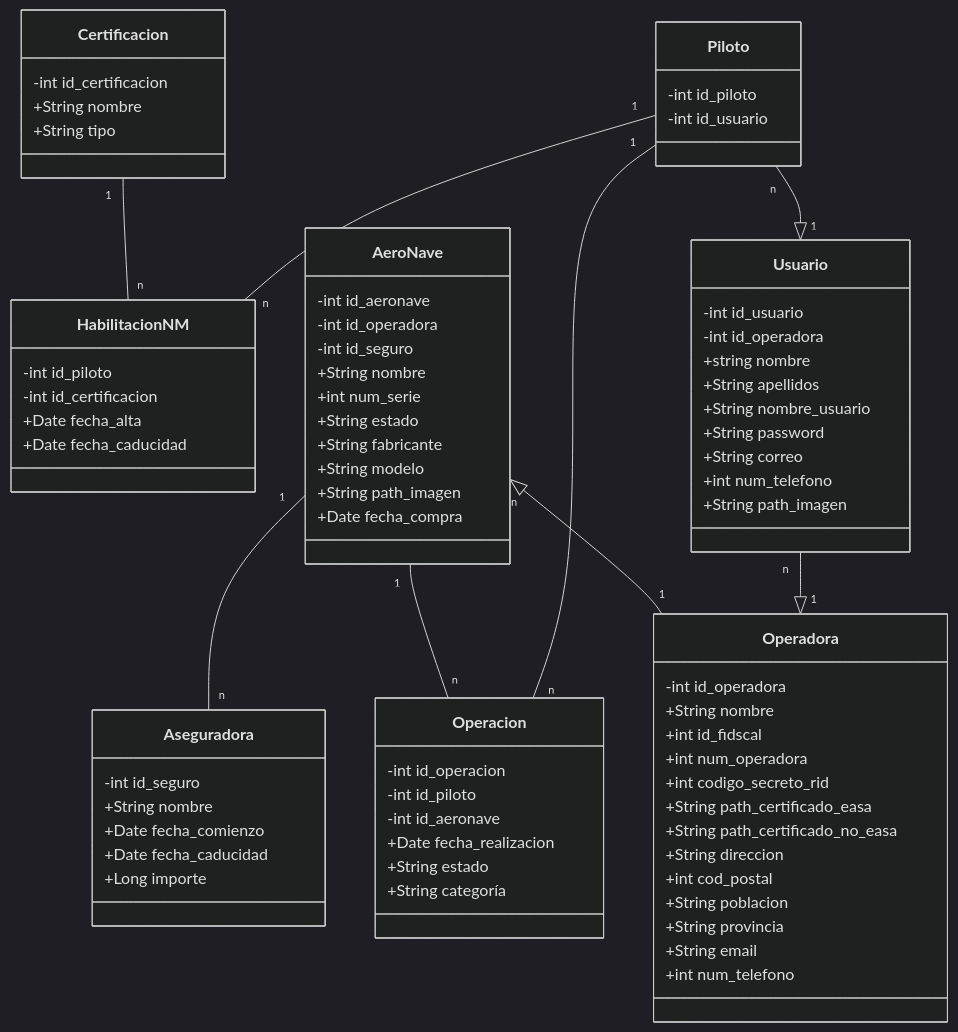
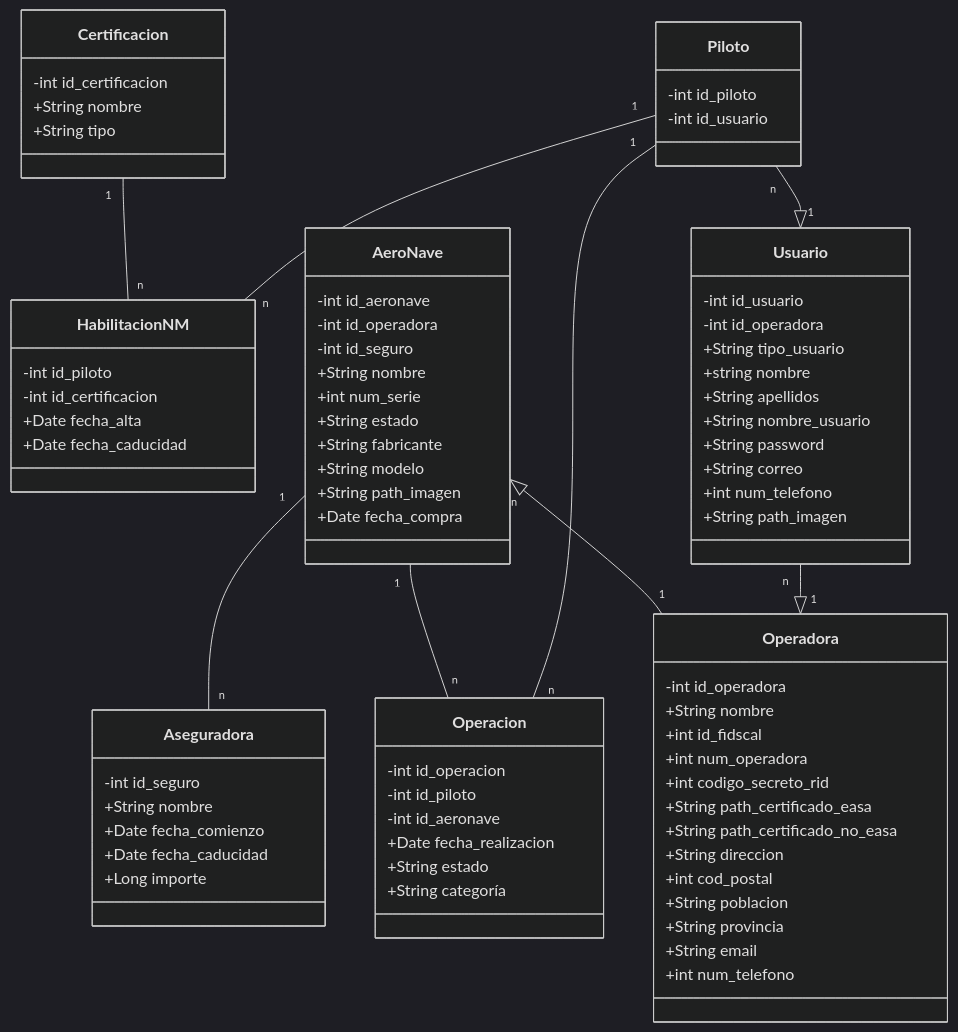
The diagram in GestorDrones-2026-03-04-082714.mmd (kfuentesb/DroneGestory), drawn with Mermaid (dark theme) before and after one commit.

Commit message:
cambiado errata y añadido a usuario tipo de usuario

```diff
--- a/GestorDrones-2026-03-04-082714.mmd
+++ b/GestorDrones-2026-03-04-082714.mmd
@@ -1,86 +1,87 @@
 classDiagram
 
     class HabilitacionNM {
 	    -int id_piloto
 	    -int id_certificacion
 	    +Date fecha_alta
 	    +Date fecha_caducidad
     }
 
     class Piloto {
 	    -int id_piloto
-        -int id_usuario
+      -int id_usuario
     }
 
     class Certificacion {
 	    -int id_certificacion
 	    +String nombre
 	    +String tipo
     }
 
     class Operacion {
 	    -int id_operacion
 	    -int id_piloto
 	    -int id_aeronave
 	    +Date fecha_realizacion
 	    +String estado
 	    +String categoría
     }
 
     class AeroNave {
 	    -int id_aeronave
       -int id_operadora
       -int id_seguro
 	    +String nombre
       +int num_serie
       +String estado
       +String fabricante
       +String modelo
       +String path_imagen
       +Date fecha_compra
     }
 
     class Aseguradora {
 	    -int id_seguro
 	    +String nombre
 	    +Date fecha_comienzo
 	    +Date fecha_caducidad
 	    +Long importe
     }
 
     class Operadora {
 	    -int id_operadora
 	    +String nombre
       +int id_fidscal
       +int num_operadora
       +int codigo_secreto_rid
       +String path_certificado_easa
       +String path_certificado_no_easa
       +String direccion
       +int cod_postal
       +String poblacion
       +String provincia
       +String email
       +int num_telefono
     }
 
     class Usuario{
       -int id_usuario
       -int id_operadora
+      +String tipo_usuario
       +string nombre
       +String apellidos
       +String nombre_usuario
       +String password
       +String correo
       +int num_telefono
       +String path_imagen
     }
 
     Piloto "1" -- "n" HabilitacionNM
     Certificacion "1" -- "n" HabilitacionNM
     Piloto "1" -- "n" Operacion
     AeroNave "1" -- "n" Operacion
     AeroNave "1" -- "n" Aseguradora
     Piloto "n" --|> "1" Usuario
     Usuario "n" --|> "1" Operadora
     AeroNave "n" <|-- "1" Operadora
```
